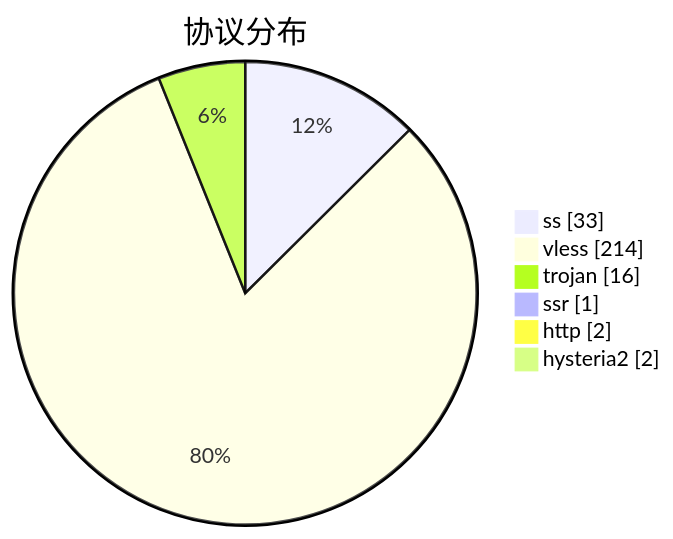
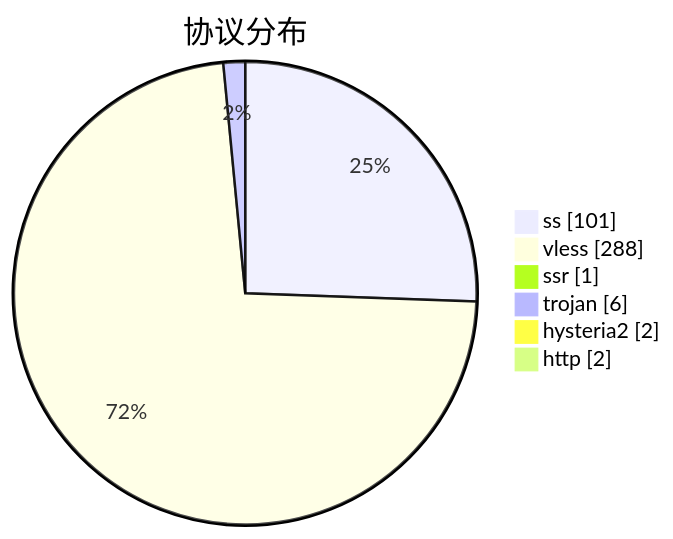
One commit to qjlxg/airport changed the third of 3 diagrams in subs/statistics/tested_within.md. Above: the diagram before and after it, drawn with Mermaid. The commit also changed other lines of this file and 2 other files, not shown here.

````diff
--- a/subs/statistics/tested_within.md
+++ b/subs/statistics/tested_within.md
@@ -20,10 +19,10 @@
 ```mermaid
 pie showData
 title 协议分布
-"ss" : 33
-"vless" : 214
-"trojan" : 16
+"ss" : 101
+"vless" : 288
 "ssr" : 1
+"trojan" : 6
+"hysteria2" : 2
 "http" : 2
-"hysteria2" : 2
 ```
````
